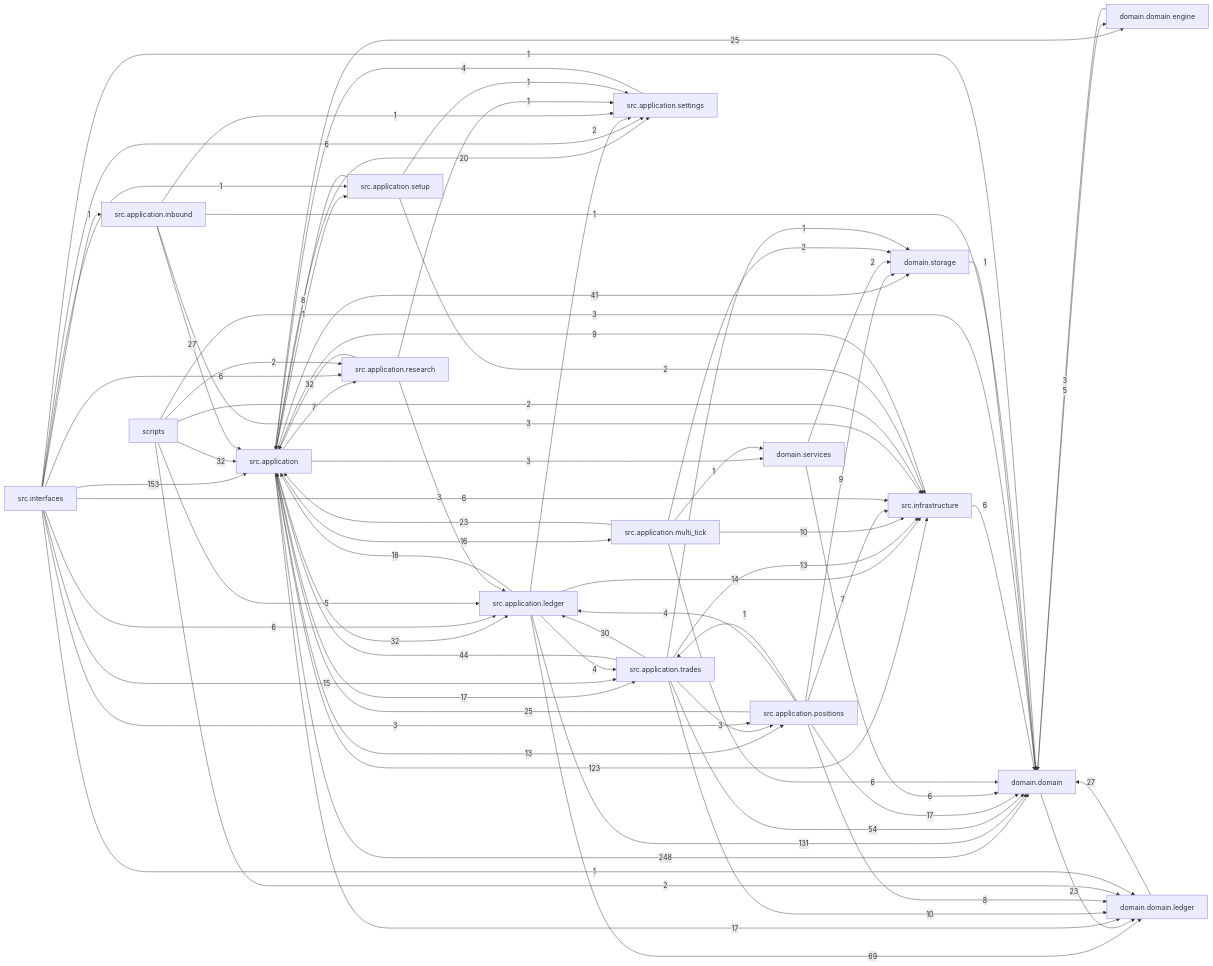
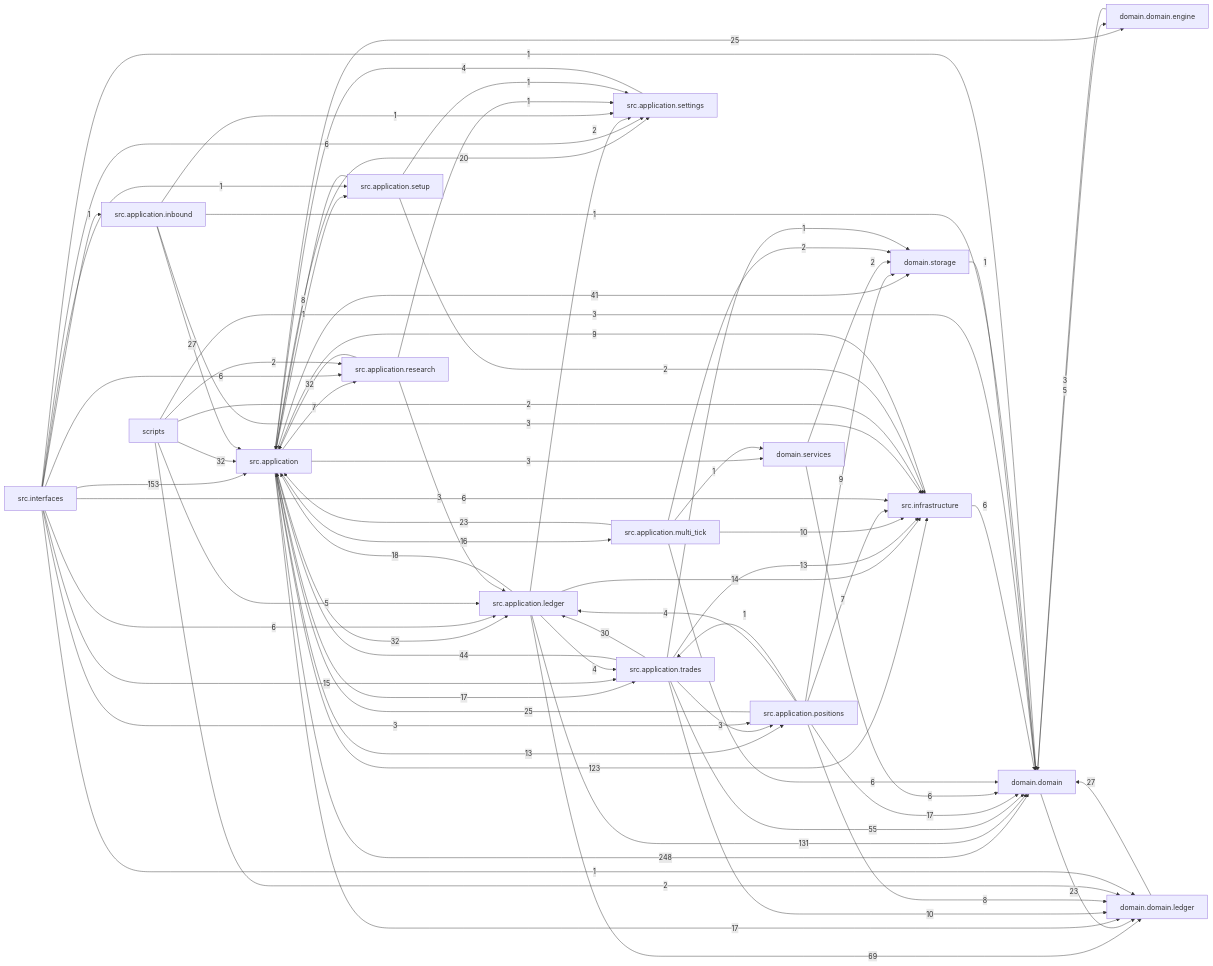
One commit to liuxie066/options-monitor changed the diagram in docs/dependency_graph.mmd. Above: the diagram before and after it, drawn with Mermaid. The commit also changed 12 other files, not shown here.

```diff
--- a/docs/dependency_graph.mmd
+++ b/docs/dependency_graph.mmd
@@ -1,76 +1,76 @@
 flowchart LR
   src_application["src.application"] -->|248| domain_domain["domain.domain"]
   src_interfaces["src.interfaces"] -->|153| src_application["src.application"]
   src_application_ledger["src.application.ledger"] -->|131| domain_domain["domain.domain"]
   src_application["src.application"] -->|123| src_infrastructure["src.infrastructure"]
   src_application_ledger["src.application.ledger"] -->|69| domain_domain_ledger["domain.domain.ledger"]
-  src_application_trades["src.application.trades"] -->|54| domain_domain["domain.domain"]
+  src_application_trades["src.application.trades"] -->|55| domain_domain["domain.domain"]
   src_application_trades["src.application.trades"] -->|44| src_application["src.application"]
   src_application["src.application"] -->|41| domain_storage["domain.storage"]
   scripts["scripts"] -->|32| src_application["src.application"]
   src_application["src.application"] -->|32| src_application_ledger["src.application.ledger"]
   src_application_research["src.application.research"] -->|32| src_application["src.application"]
   src_application_trades["src.application.trades"] -->|30| src_application_ledger["src.application.ledger"]
   domain_domain_ledger["domain.domain.ledger"] -->|27| domain_domain["domain.domain"]
   src_application_inbound["src.application.inbound"] -->|27| src_application["src.application"]
   src_application["src.application"] -->|25| domain_domain_engine["domain.domain.engine"]
   src_application_positions["src.application.positions"] -->|25| src_application["src.application"]
   domain_domain["domain.domain"] -->|23| domain_domain_ledger["domain.domain.ledger"]
   src_application_multi_tick["src.application.multi_tick"] -->|23| src_application["src.application"]
   src_application["src.application"] -->|20| src_application_settings["src.application.settings"]
   src_application_ledger["src.application.ledger"] -->|18| src_application["src.application"]
   src_application["src.application"] -->|17| domain_domain_ledger["domain.domain.ledger"]
   src_application["src.application"] -->|17| src_application_trades["src.application.trades"]
   src_application_positions["src.application.positions"] -->|17| domain_domain["domain.domain"]
   src_application["src.application"] -->|16| src_application_multi_tick["src.application.multi_tick"]
   src_interfaces["src.interfaces"] -->|15| src_application_trades["src.application.trades"]
   src_application_ledger["src.application.ledger"] -->|14| src_infrastructure["src.infrastructure"]
   src_application["src.application"] -->|13| src_application_positions["src.application.positions"]
   src_application_trades["src.application.trades"] -->|13| src_infrastructure["src.infrastructure"]
   src_application_multi_tick["src.application.multi_tick"] -->|10| src_infrastructure["src.infrastructure"]
   src_application_trades["src.application.trades"] -->|10| domain_domain_ledger["domain.domain.ledger"]
   src_application_positions["src.application.positions"] -->|9| domain_storage["domain.storage"]
   src_infrastructure["src.infrastructure"] -->|9| src_application["src.application"]
   src_application_positions["src.application.positions"] -->|8| domain_domain_ledger["domain.domain.ledger"]
   src_application_setup["src.application.setup"] -->|8| src_application["src.application"]
   src_application["src.application"] -->|7| src_application_research["src.application.research"]
   src_application_positions["src.application.positions"] -->|7| src_infrastructure["src.infrastructure"]
   domain_services["domain.services"] -->|6| domain_domain["domain.domain"]
   src_application_multi_tick["src.application.multi_tick"] -->|6| domain_domain["domain.domain"]
   src_infrastructure["src.infrastructure"] -->|6| domain_domain["domain.domain"]
   src_interfaces["src.interfaces"] -->|6| src_application_ledger["src.application.ledger"]
   src_interfaces["src.interfaces"] -->|6| src_application_research["src.application.research"]
   src_interfaces["src.interfaces"] -->|6| src_application_settings["src.application.settings"]
   src_interfaces["src.interfaces"] -->|6| src_infrastructure["src.infrastructure"]
   domain_domain["domain.domain"] -->|5| domain_domain_engine["domain.domain.engine"]
   scripts["scripts"] -->|5| src_application_ledger["src.application.ledger"]
   src_application_ledger["src.application.ledger"] -->|4| src_application_trades["src.application.trades"]
   src_application_positions["src.application.positions"] -->|4| src_application_ledger["src.application.ledger"]
   src_application_settings["src.application.settings"] -->|4| src_application["src.application"]
   domain_domain_engine["domain.domain.engine"] -->|3| domain_domain["domain.domain"]
   scripts["scripts"] -->|3| domain_domain["domain.domain"]
   src_application["src.application"] -->|3| domain_services["domain.services"]
   src_application_inbound["src.application.inbound"] -->|3| src_infrastructure["src.infrastructure"]
   src_application_research["src.application.research"] -->|3| src_application_ledger["src.application.ledger"]
   src_application_trades["src.application.trades"] -->|3| src_application_positions["src.application.positions"]
   src_interfaces["src.interfaces"] -->|3| src_application_positions["src.application.positions"]
   domain_services["domain.services"] -->|2| domain_storage["domain.storage"]
   scripts["scripts"] -->|2| domain_domain_ledger["domain.domain.ledger"]
   scripts["scripts"] -->|2| src_application_research["src.application.research"]
   scripts["scripts"] -->|2| src_infrastructure["src.infrastructure"]
   src_application_ledger["src.application.ledger"] -->|2| src_application_settings["src.application.settings"]
   src_application_multi_tick["src.application.multi_tick"] -->|2| domain_storage["domain.storage"]
   src_application_setup["src.application.setup"] -->|2| src_infrastructure["src.infrastructure"]
   domain_storage["domain.storage"] -->|1| domain_domain["domain.domain"]
   src_application["src.application"] -->|1| src_application_setup["src.application.setup"]
   src_application_inbound["src.application.inbound"] -->|1| domain_domain["domain.domain"]
   src_application_inbound["src.application.inbound"] -->|1| src_application_settings["src.application.settings"]
   src_application_multi_tick["src.application.multi_tick"] -->|1| domain_services["domain.services"]
   src_application_positions["src.application.positions"] -->|1| src_application_trades["src.application.trades"]
   src_application_research["src.application.research"] -->|1| src_application_settings["src.application.settings"]
   src_application_setup["src.application.setup"] -->|1| src_application_settings["src.application.settings"]
   src_application_trades["src.application.trades"] -->|1| domain_storage["domain.storage"]
   src_interfaces["src.interfaces"] -->|1| domain_domain["domain.domain"]
   src_interfaces["src.interfaces"] -->|1| domain_domain_ledger["domain.domain.ledger"]
   src_interfaces["src.interfaces"] -->|1| src_application_inbound["src.application.inbound"]
   src_interfaces["src.interfaces"] -->|1| src_application_setup["src.application.setup"]
```
